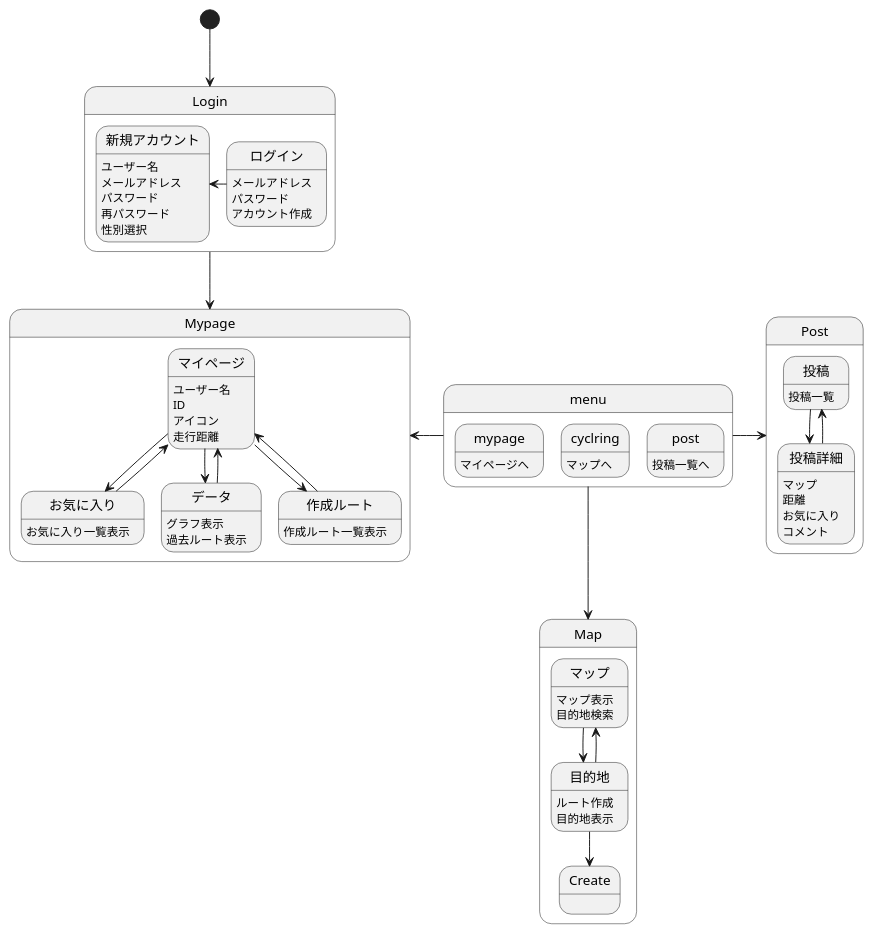
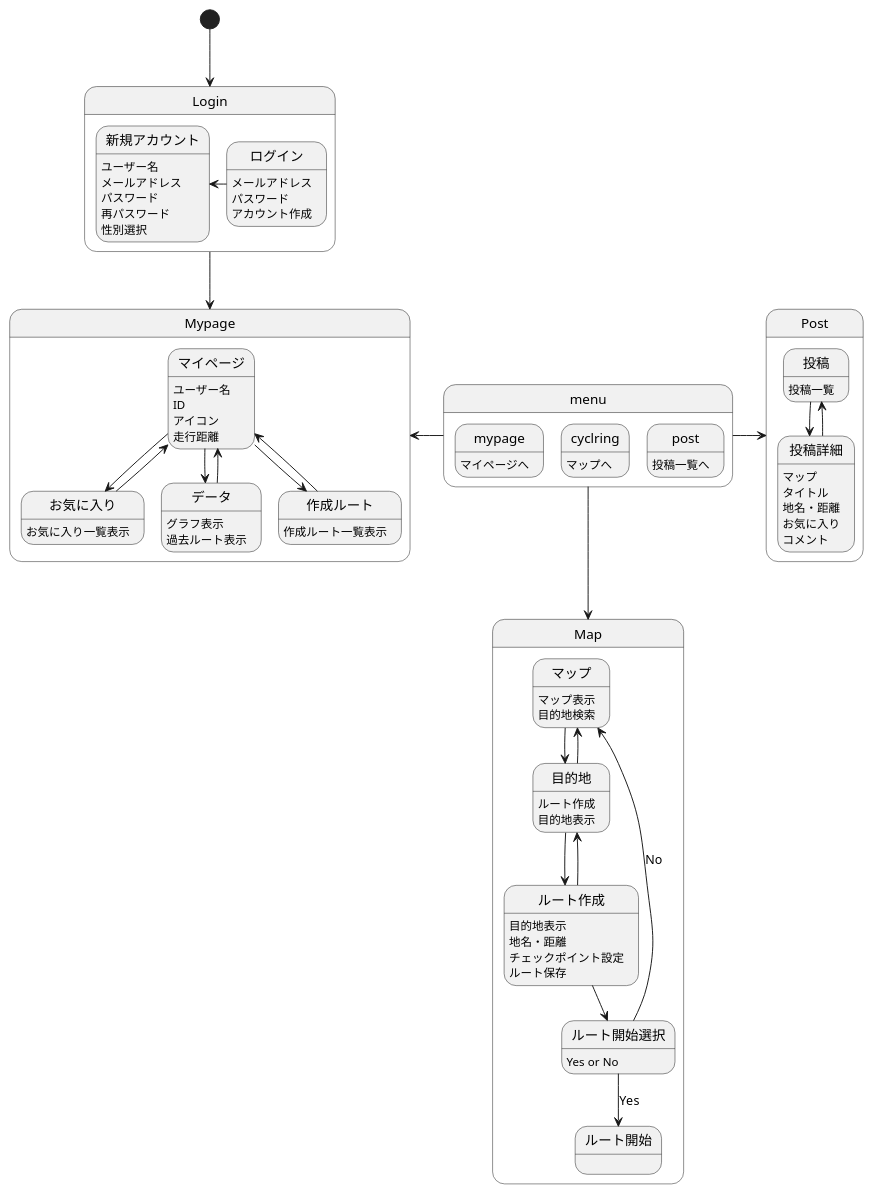
Before and after one commit to AsoSD3A3/CyclingSystem: the diagram in 画面遷移図/gm.md, drawn with PlantUML.

```diff
--- a/画面遷移図/gm.md
+++ b/画面遷移図/gm.md
@@ -54,10 +54,16 @@
 目的地-->マップ
 目的地:ルート作成
 目的地:目的地表示
-目的地-down->Create
-state Create{
-
-}
+目的地-down->ルート作成
+ルート作成-->目的地
+ルート作成:目的地表示
+ルート作成:地名・距離
+ルート作成:チェックポイント設定
+ルート作成:ルート保存
+ルート作成-->ルート開始選択
+ルート開始選択:Yes or No
+ルート開始選択-->ルート開始 :Yes
+ルート開始選択-->マップ :No
 }
 
 state Post{
@@ -66,7 +72,8 @@
 投稿-down->投稿詳細
 投稿詳細-->投稿
 投稿詳細:マップ
-投稿詳細:距離
+投稿詳細:タイトル
+投稿詳細:地名・距離
 投稿詳細:お気に入り
 投稿詳細:コメント
 
```
